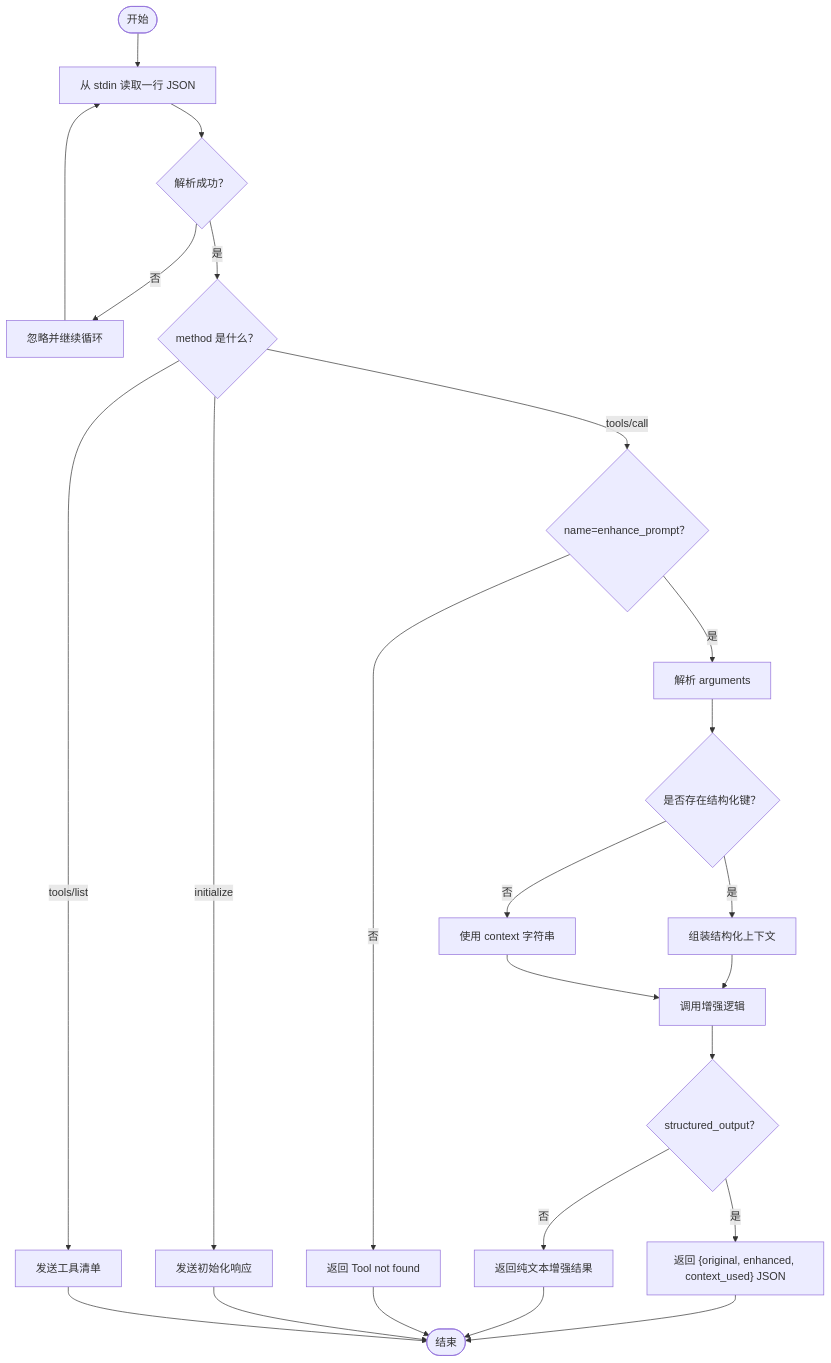
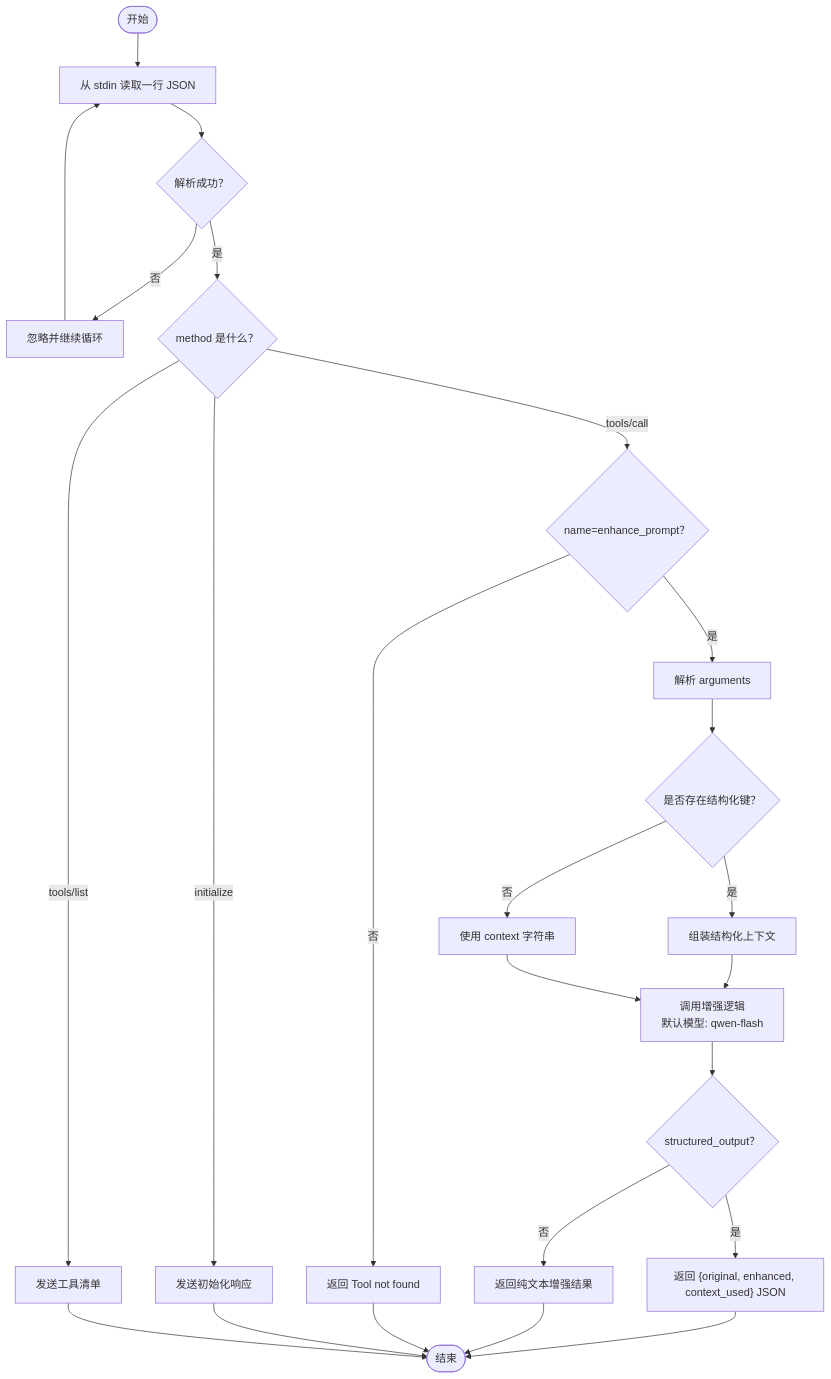
Before and after one commit to WyRainBow/PromptCocoPilot: the third of 4 diagrams in .qoder/repowiki/zh/content/核心架构/MCP 服务器.md, drawn with Mermaid. The commit also changed other lines of this file and 57 other files, not shown here.

````diff
--- a/.qoder/repowiki/zh/content/核心架构/MCP 服务器.md
+++ b/.qoder/repowiki/zh/content/核心架构/MCP 服务器.md
@@ -183,26 +190,26 @@
 ```mermaid
 flowchart TD
 Start(["开始"]) --> Read["从 stdin 读取一行 JSON"]
 Read --> Parse{"解析成功？"}
 Parse --> |否| Loop["忽略并继续循环"]
 Parse --> |是| Method{"method 是什么？"}
 Method --> |initialize| Init["发送初始化响应"]
 Method --> |tools/list| List["发送工具清单"]
 Method --> |tools/call| Call{"name=enhance_prompt？"}
 Call --> |否| ErrTool["返回 Tool not found"]
 Call --> |是| Args["解析 arguments"]
 Args --> StructKeys{"是否存在结构化键？"}
 StructKeys --> |是| Pack["组装结构化上下文"]
 StructKeys --> |否| UseCtx["使用 context 字符串"]
-Pack --> Enhance["调用增强逻辑"]
+Pack --> Enhance["调用增强逻辑<br/>默认模型: qwen-flash"]
 UseCtx --> Enhance
 Enhance --> OutType{"structured_output？"}
 OutType --> |是| RespJSON["返回 {original, enhanced, context_used} JSON"]
 OutType --> |否| RespText["返回纯文本增强结果"]
 RespJSON --> End(["结束"])
 RespText --> End
 ErrTool --> End
 Init --> End
 List --> End
 Loop --> Read
 ```
````
